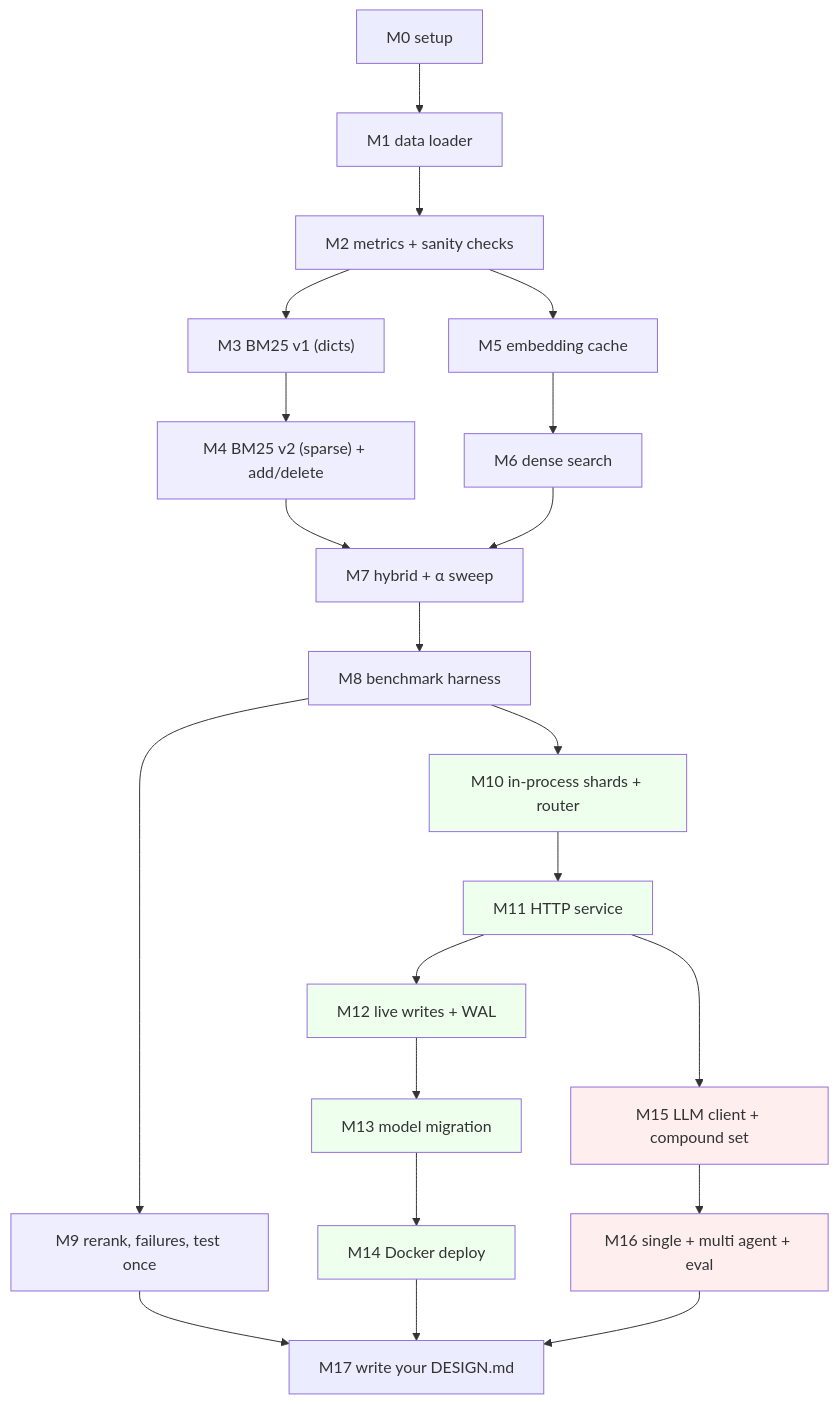
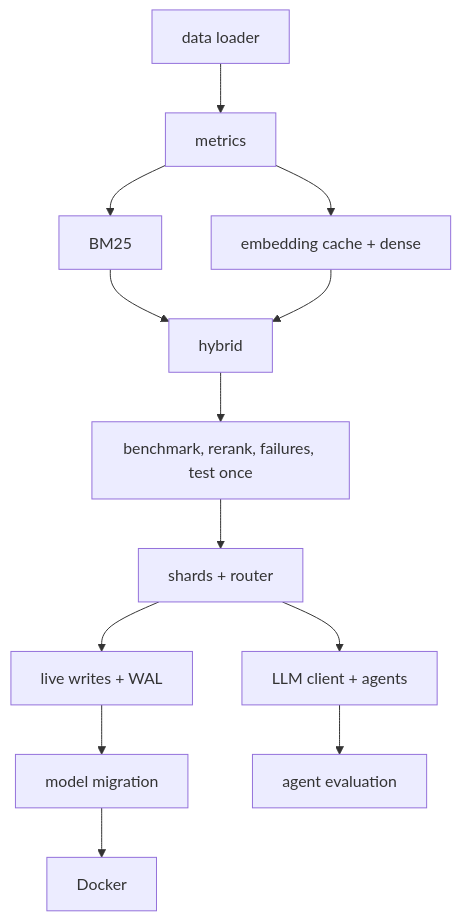
One commit to node31/fiqa-agentic-retrieval changed the diagram in docs/from_zero/09_rebuild_it_yourself.md. Above: the diagram before and after it, drawn with Mermaid. The commit also changed other lines of this file and 9 other files, not shown here.

````diff
--- a/docs/from_zero/09_rebuild_it_yourself.md
+++ b/docs/from_zero/09_rebuild_it_yourself.md
@@ -16,18 +6,10 @@
 ```mermaid
 flowchart TB
-    M0["M0 setup"] --> M1["M1 data loader"] --> M2["M2 metrics + sanity checks"]
-    M2 --> M3["M3 BM25 v1 (dicts)"] --> M4["M4 BM25 v2 (sparse) + add/delete"]
-    M2 --> M5["M5 embedding cache"] --> M6["M6 dense search"]
-    M4 & M6 --> M7["M7 hybrid + α sweep"] --> M8["M8 benchmark harness"]
-    M8 --> M9["M9 rerank, failures, test once"]
-    M8 --> M10["M10 in-process shards + router"] --> M11["M11 HTTP service"]
-    M11 --> M12["M12 live writes + WAL"] --> M13["M13 model migration"] --> M14["M14 Docker deploy"]
-    M11 --> M15["M15 LLM client + compound set"] --> M16["M16 single + multi agent + eval"]
-    M9 & M14 & M16 --> M17["M17 write your DESIGN.md"]
-    classDef a fill:#eef
-    classDef b fill:#efe
-    classDef c fill:#fee
-    class M1,M2,M3,M4,M5,M6,M7,M8,M9 a
-    class M10,M11,M12,M13,M14 b
-    class M15,M16 c
+    D["data loader"] --> M["metrics"] --> B["BM25"]
+    M --> E["embedding cache + dense"]
+    B --> H["hybrid"]
+    E --> H
+    H --> V["benchmark, rerank, failures, test once"]
+    V --> S["shards + router"] --> W["live writes + WAL"] --> G["model migration"] --> K["Docker"]
+    S --> A["LLM client + agents"] --> AE["agent evaluation"]
 ```
````
